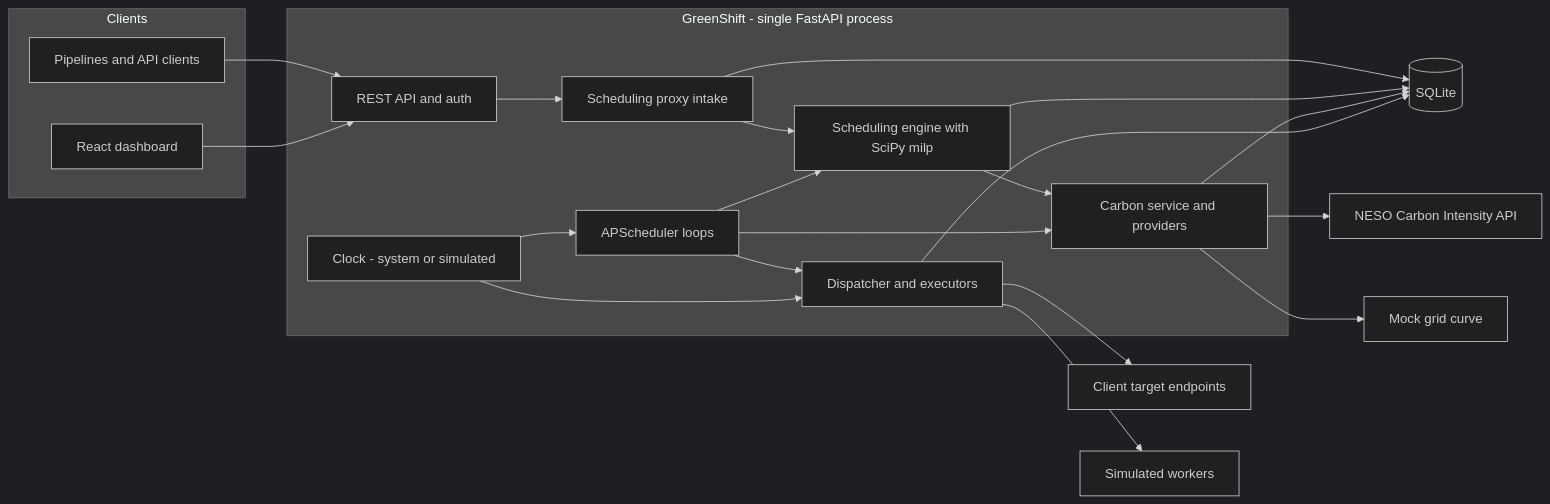
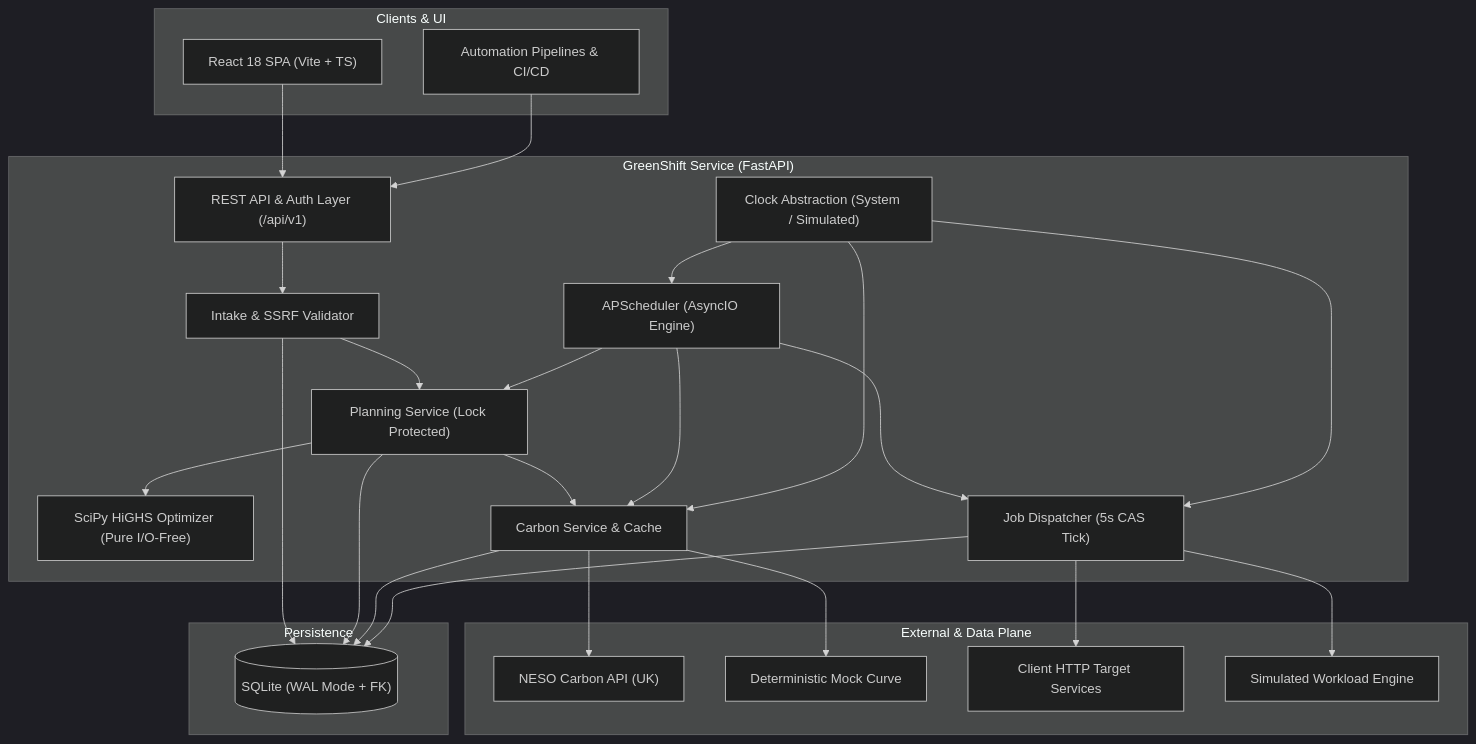
Before and after one commit to the-fahyan/EcoThrottle: the first of 3 diagrams in GreenShift PRD AI-Driven Smart Energy Load Optimizer.md, drawn with Mermaid (dark theme). The commit also changed other lines of this file and 6 other files, not shown here.

````diff
--- a/GreenShift PRD AI-Driven Smart Energy Load Optimizer.md
+++ b/GreenShift PRD AI-Driven Smart Energy Load Optimizer.md
@@ -289,39 +224,50 @@
 ```mermaid
-flowchart LR
-  subgraph Clients
-    C1[Pipelines and API clients]
-    C2[React dashboard]
-  end
-  subgraph GS[GreenShift - single FastAPI process]
-    API[REST API and auth]
-    INTAKE[Scheduling proxy intake]
-    PLAN[Scheduling engine with SciPy milp]
-    DISP[Dispatcher and executors]
-    CARB[Carbon service and providers]
-    BG[APScheduler loops]
-    CLK[Clock - system or simulated]
-  end
-  DB[(SQLite)]
-  NESO[NESO Carbon Intensity API]
-  MOCK[Mock grid curve]
-  TGT[Client target endpoints]
-  SIM[Simulated workers]
-  C1 --> API
-  C2 --> API
-  API --> INTAKE
-  INTAKE --> DB
-  INTAKE --> PLAN
-  PLAN --> DB
-  PLAN --> CARB
-  CARB --> DB
-  CARB --> NESO
-  CARB --> MOCK
-  BG --> CARB
-  BG --> PLAN
-  BG --> DISP
-  DISP --> DB
-  DISP --> TGT
-  DISP --> SIM
-  CLK --> BG
-  CLK --> DISP
+flowchart TD
+    subgraph Clients ["Clients & UI"]
+        UI["React 18 SPA (Vite + TS)"]
+        CLI["Automation Pipelines & CI/CD"]
+    end
+
+    subgraph GreenShift ["GreenShift Service (FastAPI)"]
+        API["REST API & Auth Layer (/api/v1)"]
+        INTAKE["Intake & SSRF Validator"]
+        PLANNER["Planning Service (Lock Protected)"]
+        SOLVER["SciPy HiGHS Optimizer (Pure I/O-Free)"]
+        DISPATCHER["Job Dispatcher (5s CAS Tick)"]
+        CARB_SVC["Carbon Service & Cache"]
+        BG["APScheduler (AsyncIO Engine)"]
+        CLOCK["Clock Abstraction (System / Simulated)"]
+    end
+
+    subgraph Storage ["Persistence"]
+        DB[("SQLite (WAL Mode + FK)")]
+    end
+
+    subgraph External ["External & Data Plane"]
+        NESO["NESO Carbon API (UK)"]
+        MOCK_GRID["Deterministic Mock Curve"]
+        TARGETS["Client HTTP Target Services"]
+        SIM_WORKERS["Simulated Workload Engine"]
+    end
+
+    UI --> API
+    CLI --> API
+    API --> INTAKE
+    INTAKE --> DB
+    INTAKE --> PLANNER
+    PLANNER --> CARB_SVC
+    PLANNER --> SOLVER
+    PLANNER --> DB
+    CARB_SVC --> DB
+    CARB_SVC --> NESO
+    CARB_SVC --> MOCK_GRID
+    BG --> CARB_SVC
+    BG --> PLANNER
+    BG --> DISPATCHER
+    DISPATCHER --> DB
+    DISPATCHER --> TARGETS
+    DISPATCHER --> SIM_WORKERS
+    CLOCK --> BG
+    CLOCK --> DISPATCHER
+    CLOCK --> CARB_SVC
 ```
````
